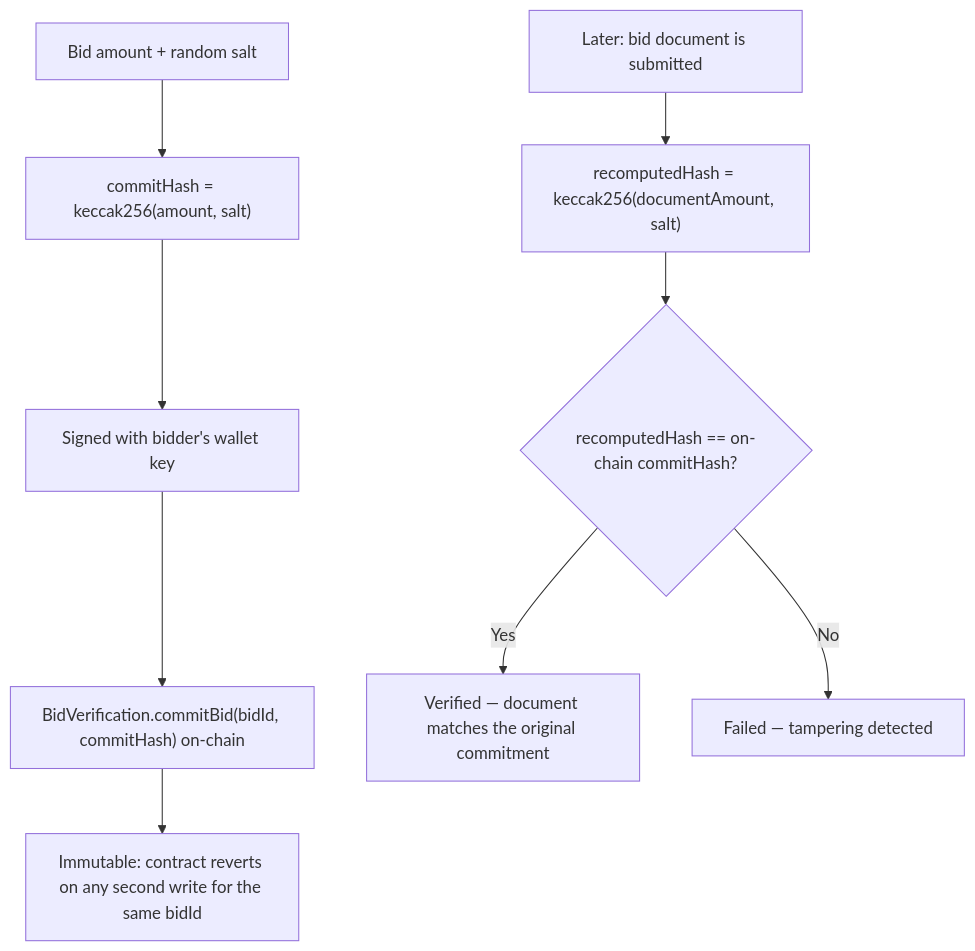
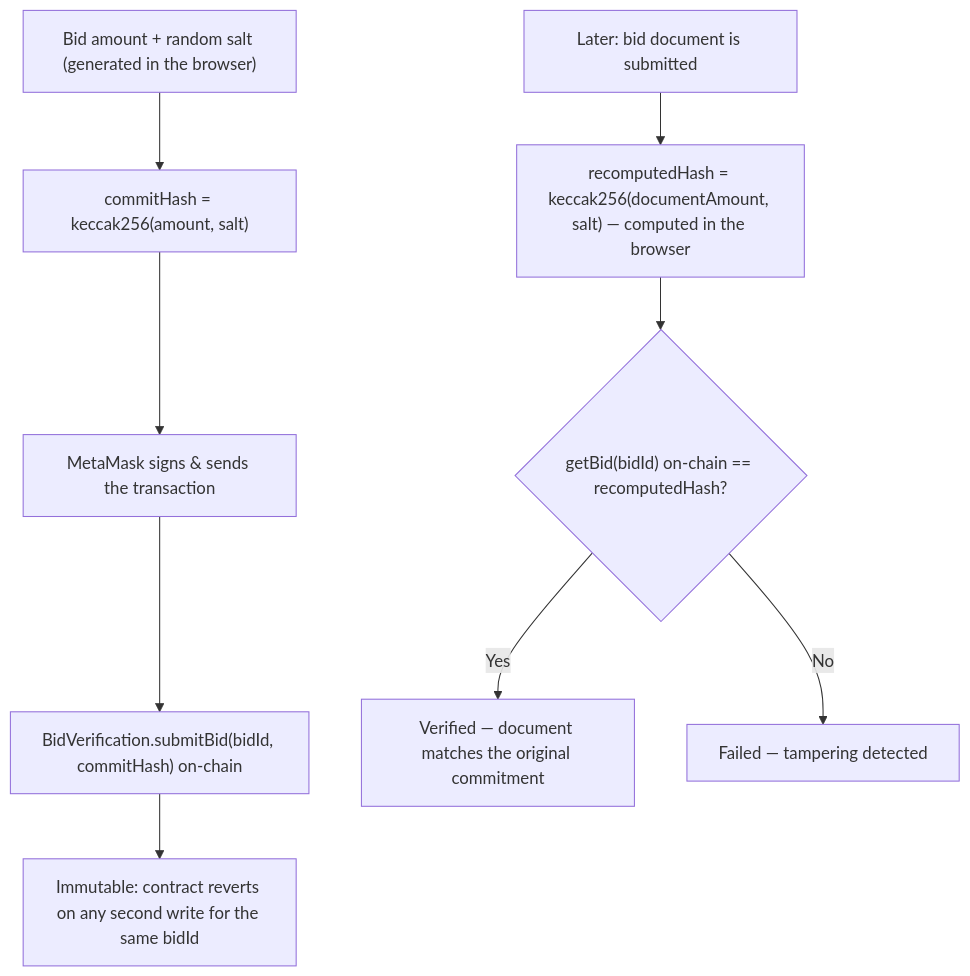
Before and after one commit to Mukeshkhanna-J/TendAI: the second of 2 diagrams in DOCUMENTATION.md, drawn with Mermaid. The commit also changed other lines of this file and 30 other files, not shown here.

````diff
--- a/DOCUMENTATION.md
+++ b/DOCUMENTATION.md
@@ -506,12 +507,12 @@
 ```mermaid
 flowchart TD
-    A["Bid amount + random salt"] --> B["commitHash = keccak256(amount, salt)"]
-    B --> C["Signed with bidder's wallet key"]
-    C --> D["BidVerification.commitBid(bidId, commitHash) on-chain"]
+    A["Bid amount + random salt (generated in the browser)"] --> B["commitHash = keccak256(amount, salt)"]
+    B --> C["MetaMask signs & sends the transaction"]
+    C --> D["BidVerification.submitBid(bidId, commitHash) on-chain"]
     D --> E["Immutable: contract reverts on any second write for the same bidId"]
 
-    F["Later: bid document is submitted"] --> G["recomputedHash = keccak256(documentAmount, salt)"]
-    G --> H{"recomputedHash == on-chain commitHash?"}
+    F["Later: bid document is submitted"] --> G["recomputedHash = keccak256(documentAmount, salt) — computed in the browser"]
+    G --> H{"getBid(bidId) on-chain == recomputedHash?"}
     H -->|Yes| I["Verified — document matches the original commitment"]
     H -->|No| J["Failed — tampering detected"]
 ```
````
